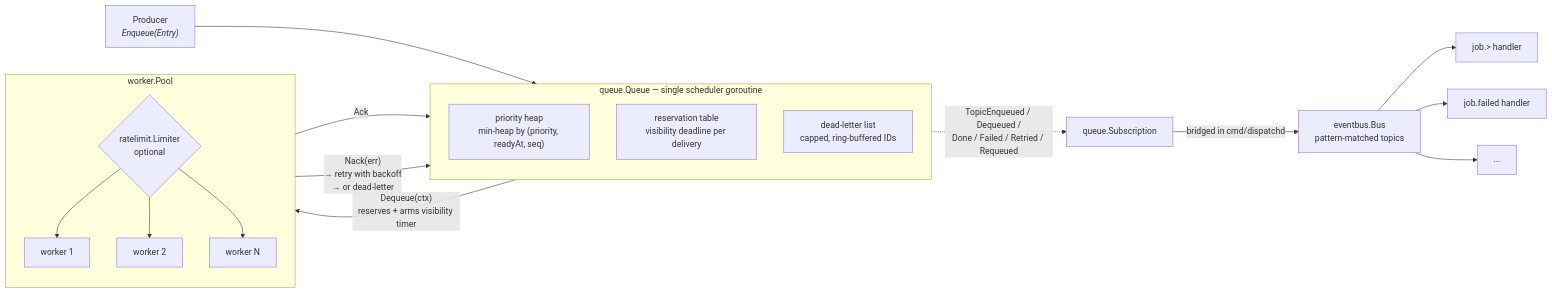
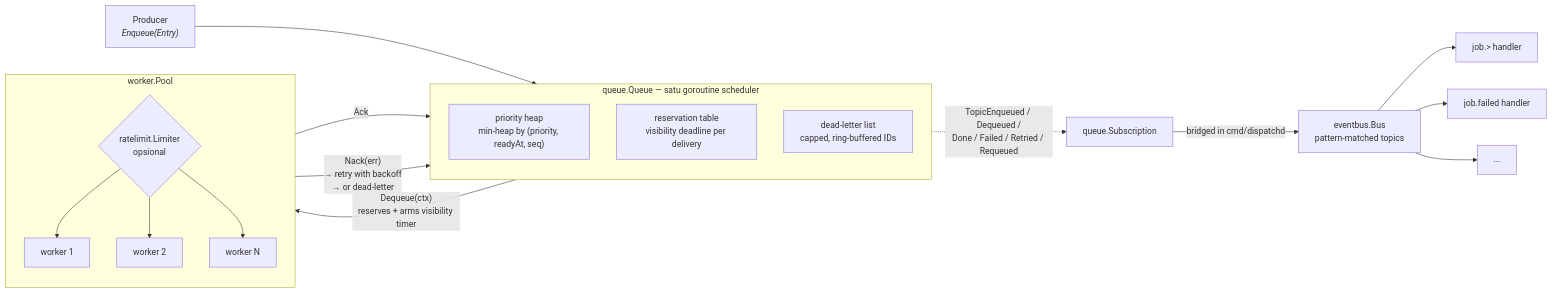
The diagram in README.md (Inc-cryp/go-dispatch), drawn with Mermaid before and after one commit. The commit also changed other lines of this file and 9 other files, not shown here.

````diff
--- a/README.md
+++ b/README.md
@@ -52,29 +53,29 @@
 ```mermaid
 flowchart LR
     P["Producer<br/><i>Enqueue(Entry)</i>"] --> Q
 
-    subgraph Q["queue.Queue — single scheduler goroutine"]
+    subgraph Q["queue.Queue — satu goroutine scheduler"]
         H["priority heap<br/>min-heap by (priority, readyAt, seq)"]
         V["reservation table<br/>visibility deadline per delivery"]
         D["dead-letter list<br/>capped, ring-buffered IDs"]
     end
 
     Q -->|"Dequeue(ctx)<br/>reserves + arms visibility timer"| W
 
     subgraph W["worker.Pool"]
-        L{"ratelimit.Limiter<br/>optional"}
+        L{"ratelimit.Limiter<br/>opsional"}
         L --> W1["worker 1"]
         L --> W2["worker 2"]
         L --> WN["worker N"]
     end
 
     W -->|"Ack"| Q
     W -->|"Nack(err)<br/>→ retry with backoff<br/>→ or dead-letter"| Q
 
     Q -.->|"TopicEnqueued / Dequeued /<br/>Done / Failed / Retried / Requeued"| B["queue.Subscription"]
     B -->|"bridged in cmd/dispatchd"| EB["eventbus.Bus<br/>pattern-matched topics"]
 
     EB --> S1["job.> handler"]
     EB --> S2["job.failed handler"]
     EB --> SN["..."]
 ```
````
